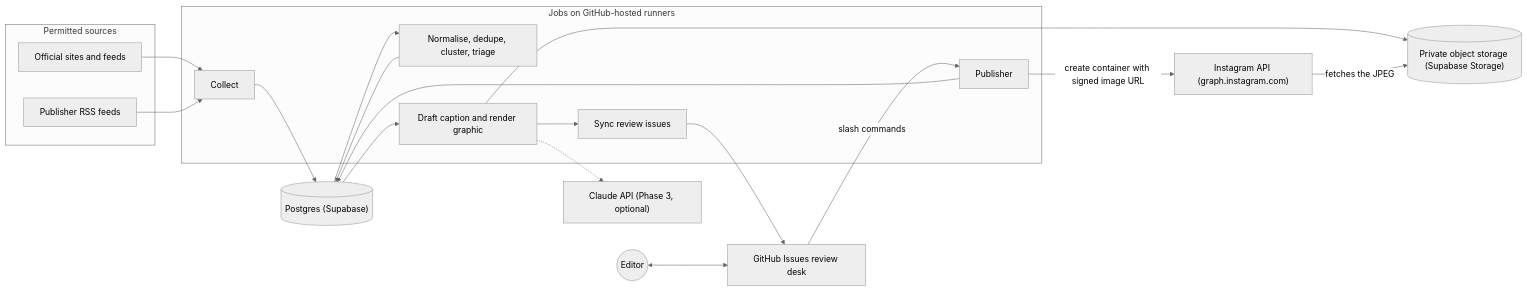
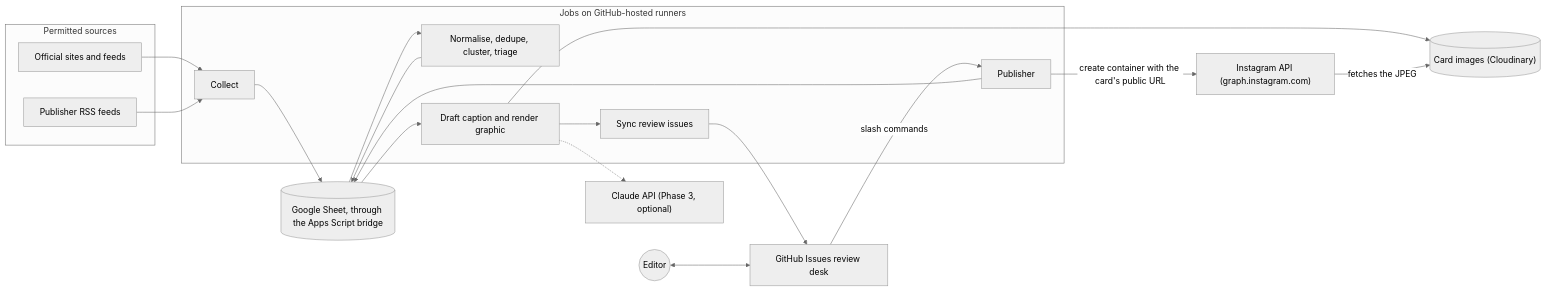
Before and after one commit to kailash075/local-news-automation: the first of 2 diagrams in docs/ARCHITECTURE.md, drawn with Mermaid (neutral theme). The commit also changed other lines of this file and 135 other files, not shown here.

````diff
--- a/docs/ARCHITECTURE.md
+++ b/docs/ARCHITECTURE.md
@@ -16,36 +16,36 @@
 ```mermaid
 flowchart LR
   subgraph Sources["Permitted sources"]
     S1["Official sites and feeds"]
     S2["Publisher RSS feeds"]
   end
   ED(("Editor"))
   subgraph Jobs["Jobs on GitHub-hosted runners"]
     C["Collect"]
     P["Normalise, dedupe, cluster, triage"]
     D["Draft caption and render graphic"]
     R["Sync review issues"]
     PUB["Publisher"]
   end
-  DB[("Postgres (Supabase)")]
-  OBJ[("Private object storage (Supabase Storage)")]
+  DB[("Google Sheet, through the Apps Script bridge")]
+  OBJ[("Card images (Cloudinary)")]
   GHI["GitHub Issues review desk"]
   IG["Instagram API (graph.instagram.com)"]
   LLM["Claude API (Phase 3, optional)"]
 
   S1 --> C
   S2 --> C
   C --> DB
   DB --> P
   P --> DB
   DB --> D
   D --> OBJ
   D -.-> LLM
   D --> R
   R --> GHI
   ED <--> GHI
   GHI -- "slash commands" --> PUB
   PUB --> DB
-  PUB -- "create container with signed image URL" --> IG
+  PUB -- "create container with the card's public URL" --> IG
   IG -- "fetches the JPEG" --> OBJ
 ```
````
